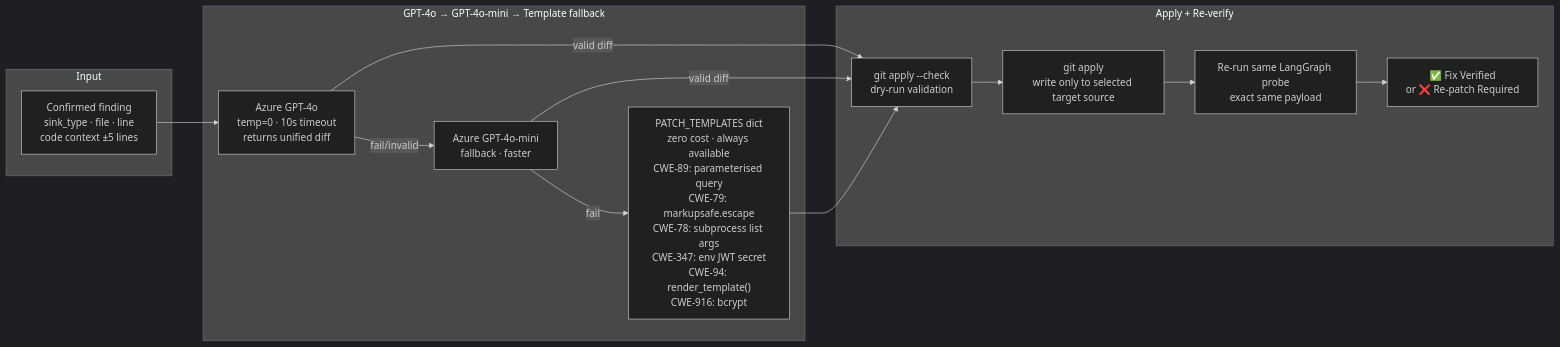
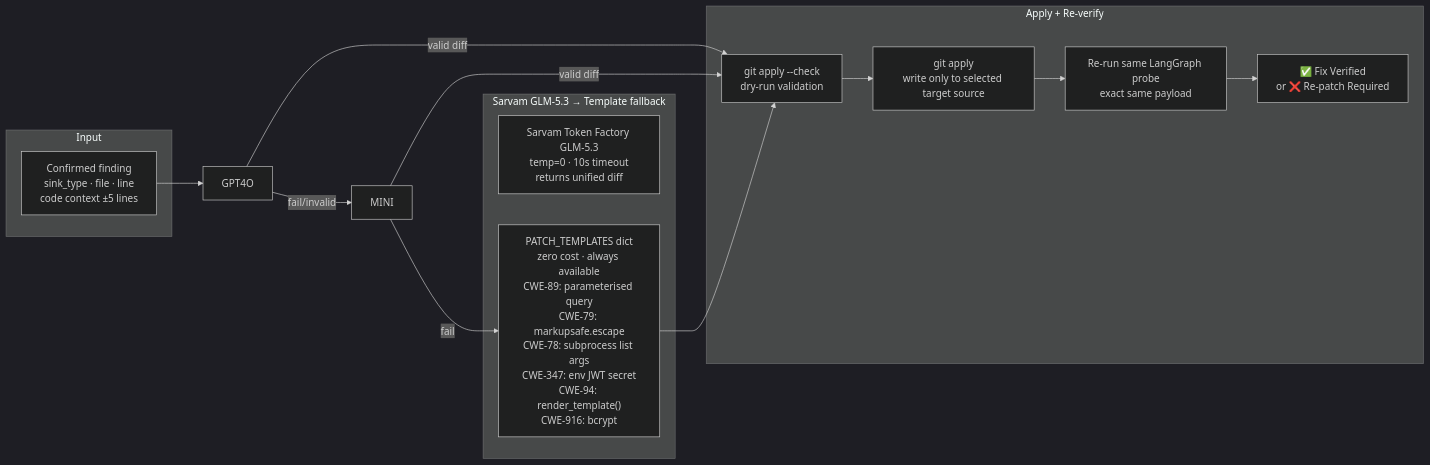
One commit to Halcyora/mitigata changed diagram 12 of 25 in HACKATHON/docs/P06-Architecture.md. Above: the diagram before and after it, drawn with Mermaid (dark theme). The commit also changed other lines of this file and 6 other files, not shown here.

Commit message:
Refactor to replace Azure OpenAI with Sarvam Token Factory for LLM patching; update environment configurations and add credential check script for Sarvam API

````diff
--- a/HACKATHON/docs/P06-Architecture.md
+++ b/HACKATHON/docs/P06-Architecture.md
@@ -437,27 +435,26 @@
 ```mermaid
 flowchart LR
     subgraph INPUT["Input"]
         FIND["Confirmed finding\nsink_type · file · line\ncode context ±5 lines"]
     end
 
-    subgraph CHAIN["GPT-4o → GPT-4o-mini → Template fallback"]
-        GPT4O["Azure GPT-4o\ntemp=0 · 10s timeout\nreturns unified diff"]
-        MINI["Azure GPT-4o-mini\nfallback · faster"]
+    subgraph CHAIN["Sarvam GLM-5.3 → Template fallback"]
+        SARVAM["Sarvam Token Factory GLM-5.3\ntemp=0 · 10s timeout\nreturns unified diff"]
         TPL["PATCH_TEMPLATES dict\nzero cost · always available\nCWE-89: parameterised query\nCWE-79: markupsafe.escape\nCWE-78: subprocess list args\nCWE-347: env JWT secret\nCWE-94: render_template()\nCWE-916: bcrypt"]
     end
 
     subgraph APPLY["Apply + Re-verify"]
         CHECK["git apply --check\ndry-run validation"]
         APPLY2["git apply\nwrite only to selected target source"]
         REVERIFY["Re-run same LangGraph probe\nexact same payload"]
         RESULT["✅ Fix Verified\nor ❌ Re-patch Required"]
     end
 
     FIND --> GPT4O
     GPT4O -->|valid diff| CHECK
     GPT4O -->|fail/invalid| MINI
     MINI -->|valid diff| CHECK
     MINI -->|fail| TPL
     TPL --> CHECK
     CHECK --> APPLY2 --> REVERIFY --> RESULT
 ```
````
